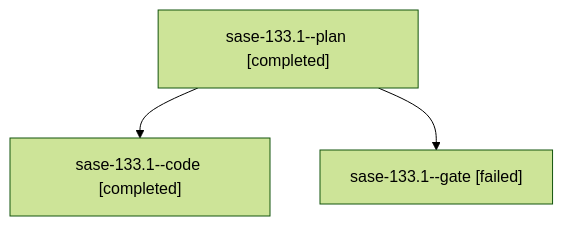
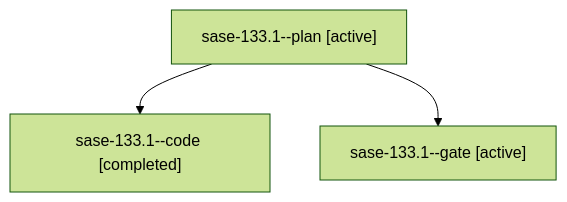
The diagram in families/bbugyi200.athena.sase-133.1.md (sase-org/sase--agents), drawn with Mermaid (forest theme) before and after one commit. The commit also changed other lines of this file and 140 other files, not shown here.

````diff
--- a/families/bbugyi200.athena.sase-133.1.md
+++ b/families/bbugyi200.athena.sase-133.1.md
@@ -9,8 +9,8 @@
 ```mermaid
 flowchart TD
-  n0["sase-133.1--plan [completed]"]
+  n0["sase-133.1--plan [active]"]
   n1["sase-133.1--code [completed]"]
   n0 --> n1
-  n2["sase-133.1--gate [failed]"]
+  n2["sase-133.1--gate [active]"]
   n0 --> n2
 ```
````
